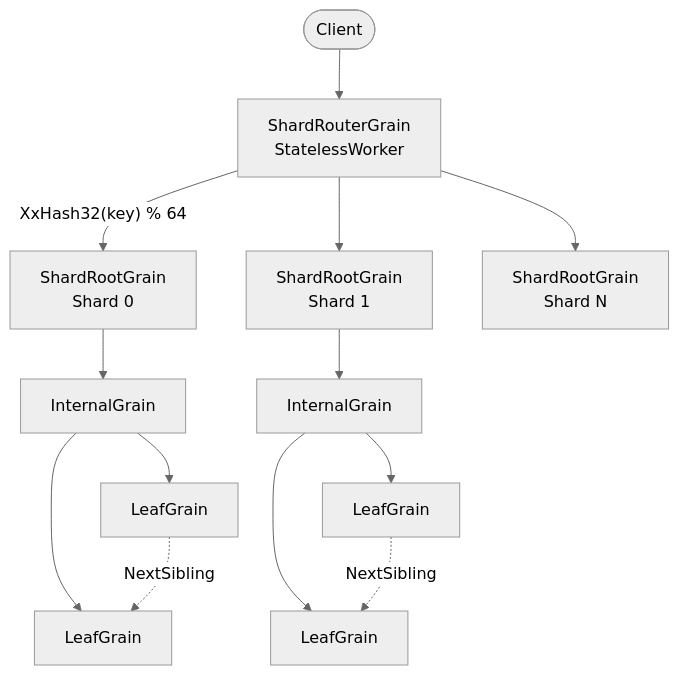
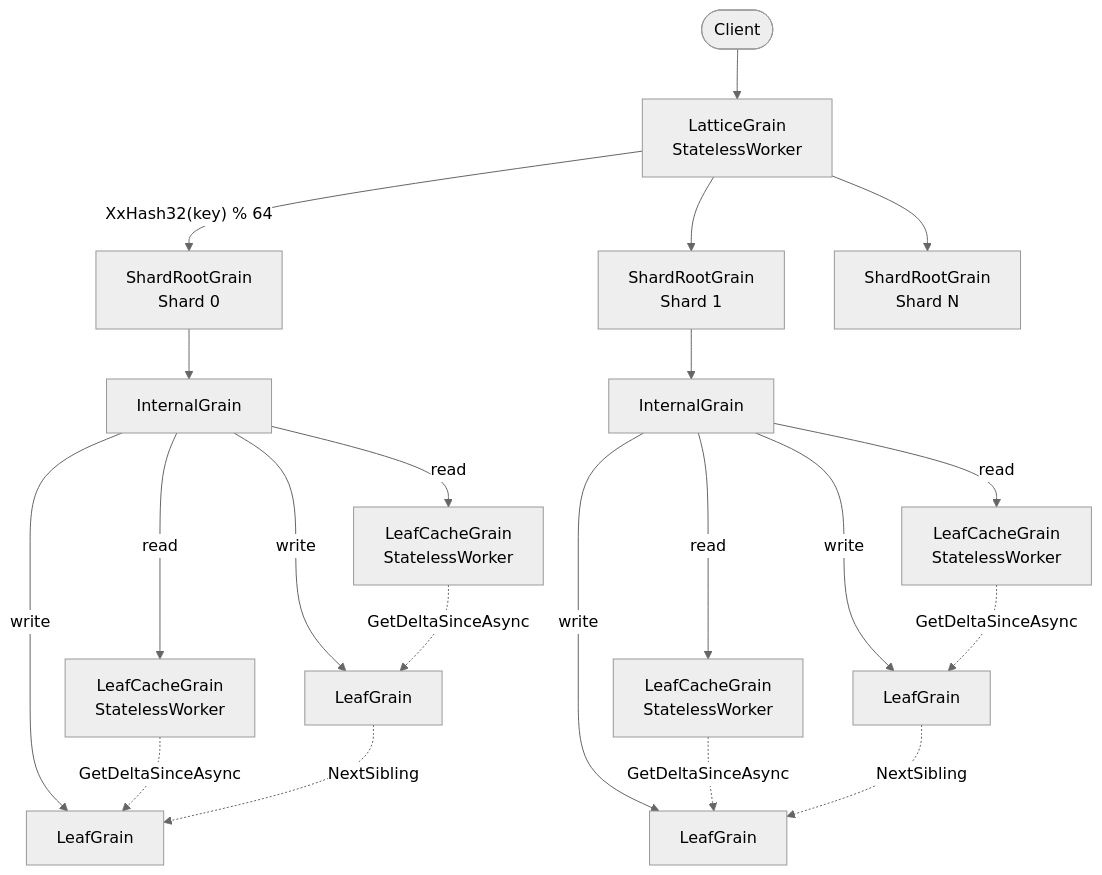
Before and after one commit to NSTA1/Orleans.Lattice: the first of 8 diagrams in README.md, drawn with Mermaid (neutral theme). The commit also changed other lines of this file and 16 other files, not shown here.

First line of the commit message:
Add CRDT replication primitives, leaf cache, and rename public API

````diff
--- a/README.md
+++ b/README.md
@@ -21,27 +21,39 @@
 ```mermaid
 flowchart TD
     Client([Client])
-    SR[ShardRouterGrain<br/>StatelessWorker]
+    SR[LatticeGrain<br/>StatelessWorker]
     S0[ShardRootGrain<br/>Shard 0]
     S1[ShardRootGrain<br/>Shard 1]
     SN[ShardRootGrain<br/>Shard N]
     I0[InternalGrain]
     I1[InternalGrain]
+    C0[LeafCacheGrain<br/>StatelessWorker]
+    C1[LeafCacheGrain<br/>StatelessWorker]
+    C2[LeafCacheGrain<br/>StatelessWorker]
+    C3[LeafCacheGrain<br/>StatelessWorker]
     L0[LeafGrain]
     L1[LeafGrain]
     L2[LeafGrain]
     L3[LeafGrain]
 
     Client --> SR
     SR -->|"XxHash32(key) % 64"| S0
     SR --> S1
     SR --> SN
     S0 --> I0
     S1 --> I1
-    I0 --> L0
-    I0 --> L1
-    I1 --> L2
-    I1 --> L3
+    I0 -->|read| C0
+    I0 -->|read| C1
+    I1 -->|read| C2
+    I1 -->|read| C3
+    I0 -->|write| L0
+    I0 -->|write| L1
+    I1 -->|write| L2
+    I1 -->|write| L3
+    C0 -.->|"GetDeltaSinceAsync"| L0
+    C1 -.->|"GetDeltaSinceAsync"| L1
+    C2 -.->|"GetDeltaSinceAsync"| L2
+    C3 -.->|"GetDeltaSinceAsync"| L3
     L0 -. "NextSibling" .-> L1
     L2 -. "NextSibling" .-> L3
 ```
````
